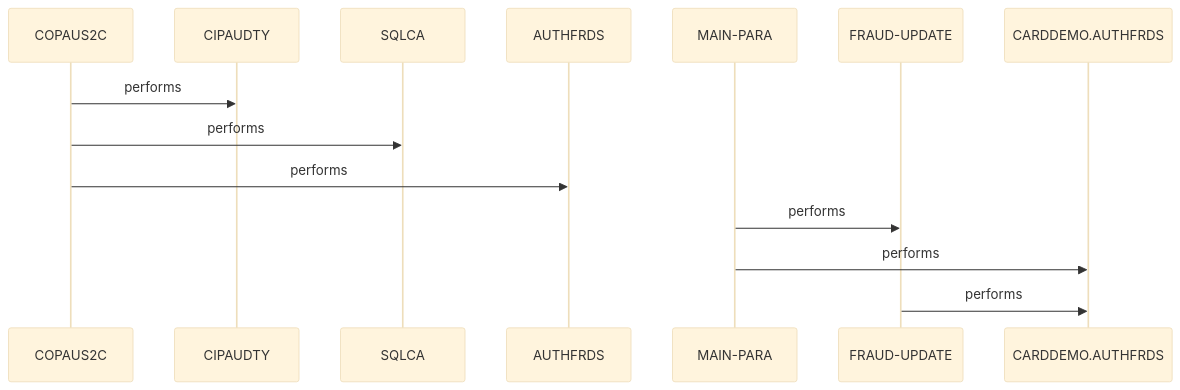
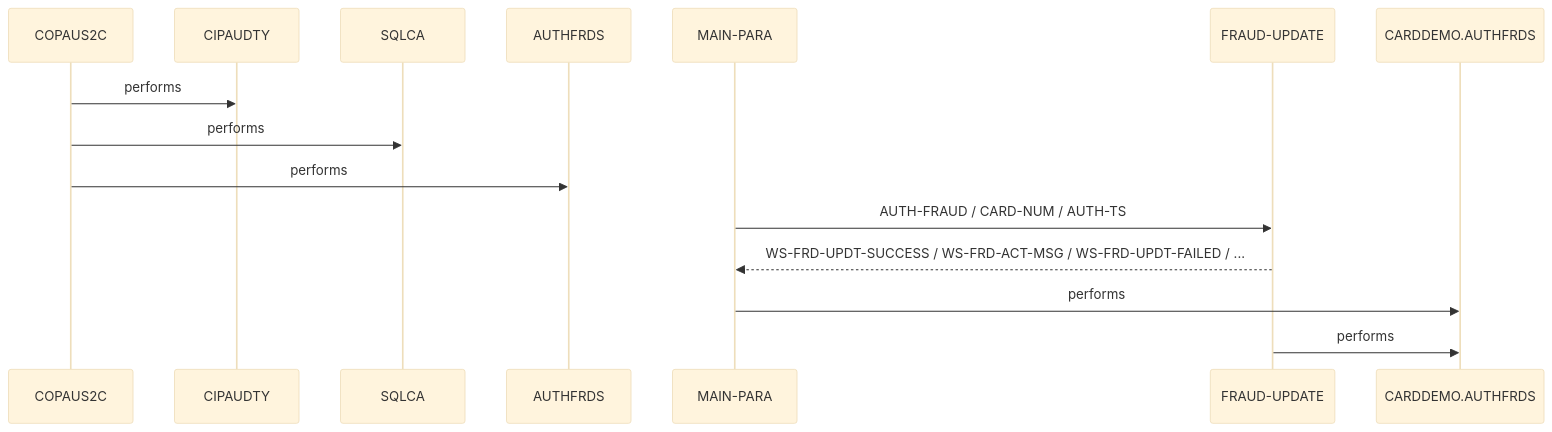
The second of 2 diagrams in example_output/cbl/COPAUS2C.cbl.md (andrasfe/war_rig), drawn with Mermaid (base theme) before and after one commit. The commit also changed other lines of this file and 223 other files, not shown here.

````diff
--- a/example_output/cbl/COPAUS2C.cbl.md
+++ b/example_output/cbl/COPAUS2C.cbl.md
@@ -128,16 +155,17 @@
 ```mermaid
 sequenceDiagram
     participant COPAUS2C as COPAUS2C
     participant CIPAUDTY as CIPAUDTY
     participant SQLCA as SQLCA
     participant AUTHFRDS as AUTHFRDS
     participant MAIN_PARA as MAIN-PARA
     participant FRAUD_UPDATE as FRAUD-UPDATE
     participant CARDDEMO_AUTHFRDS as CARDDEMO.AUTHFRDS
     COPAUS2C->>CIPAUDTY: performs
     COPAUS2C->>SQLCA: performs
     COPAUS2C->>AUTHFRDS: performs
-    MAIN_PARA->>FRAUD_UPDATE: performs
+    MAIN_PARA->>FRAUD_UPDATE: AUTH-FRAUD / CARD-NUM / AUTH-TS
+    FRAUD_UPDATE-->>MAIN_PARA: WS-FRD-UPDT-SUCCESS / WS-FRD-ACT-MSG / WS-FRD-UPDT-FAILED / ...
     MAIN_PARA->>CARDDEMO_AUTHFRDS: performs
     FRAUD_UPDATE->>CARDDEMO_AUTHFRDS: performs
 ```
````
